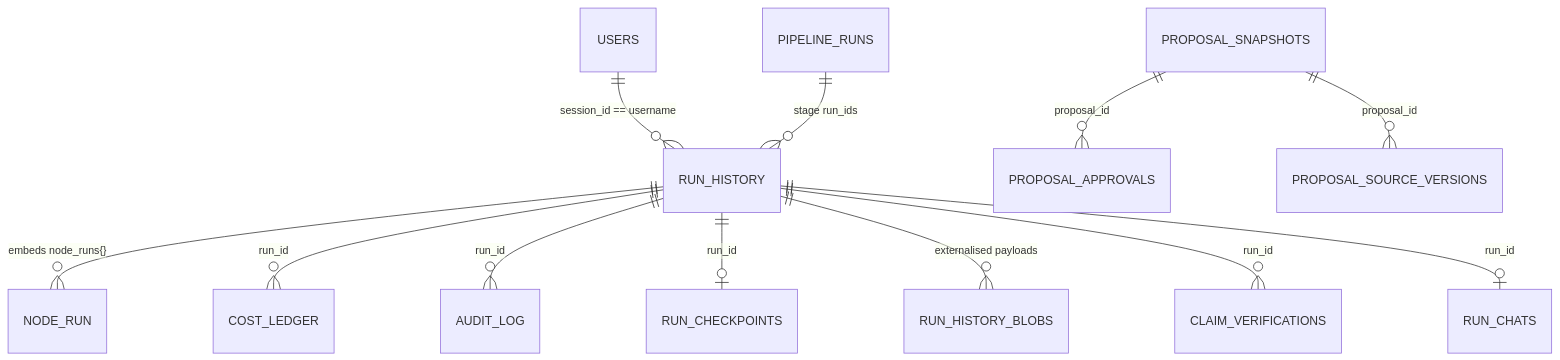
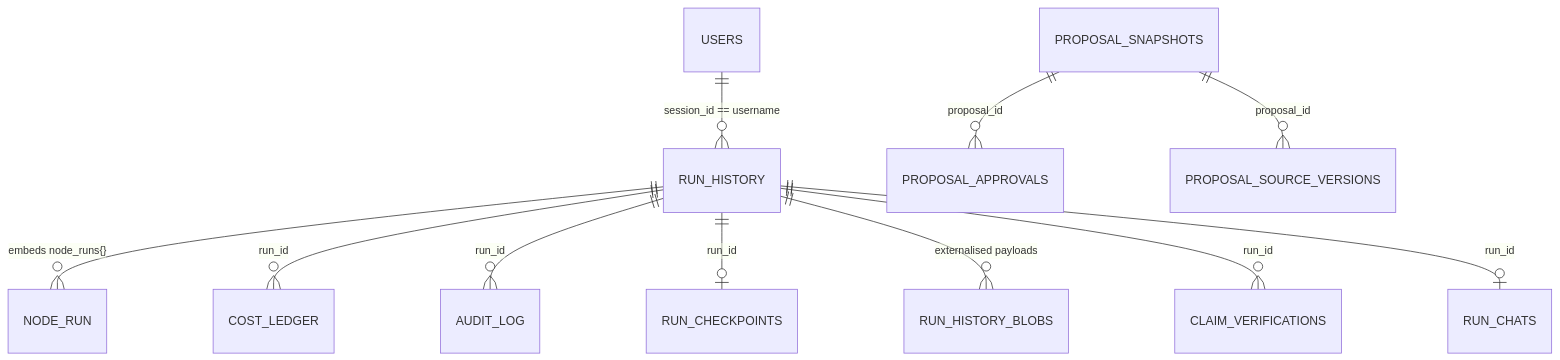
Before and after one commit to ayushak26/agentic-workflow-platform: the fifth of 9 diagrams in docs/CODEBASE_HANDBOOK.md, drawn with Mermaid. The commit also changed other lines of this file and 219 other files, not shown here.

````diff
--- a/docs/CODEBASE_HANDBOOK.md
+++ b/docs/CODEBASE_HANDBOOK.md
@@ -761,14 +759,13 @@
 ```mermaid
 erDiagram
     RUN_HISTORY ||--o{ NODE_RUN : "embeds node_runs{}"
     RUN_HISTORY ||--o{ COST_LEDGER : "run_id"
     RUN_HISTORY ||--o{ AUDIT_LOG : "run_id"
     RUN_HISTORY ||--o| RUN_CHECKPOINTS : "run_id"
     RUN_HISTORY ||--o{ RUN_HISTORY_BLOBS : "externalised payloads"
     RUN_HISTORY ||--o{ CLAIM_VERIFICATIONS : "run_id"
     RUN_HISTORY ||--o| RUN_CHATS : "run_id"
     PROPOSAL_SNAPSHOTS ||--o{ PROPOSAL_APPROVALS : "proposal_id"
     PROPOSAL_SNAPSHOTS ||--o{ PROPOSAL_SOURCE_VERSIONS : "proposal_id"
     USERS ||--o{ RUN_HISTORY : "session_id == username"
-    PIPELINE_RUNS ||--o{ RUN_HISTORY : "stage run_ids"
 ```
````
